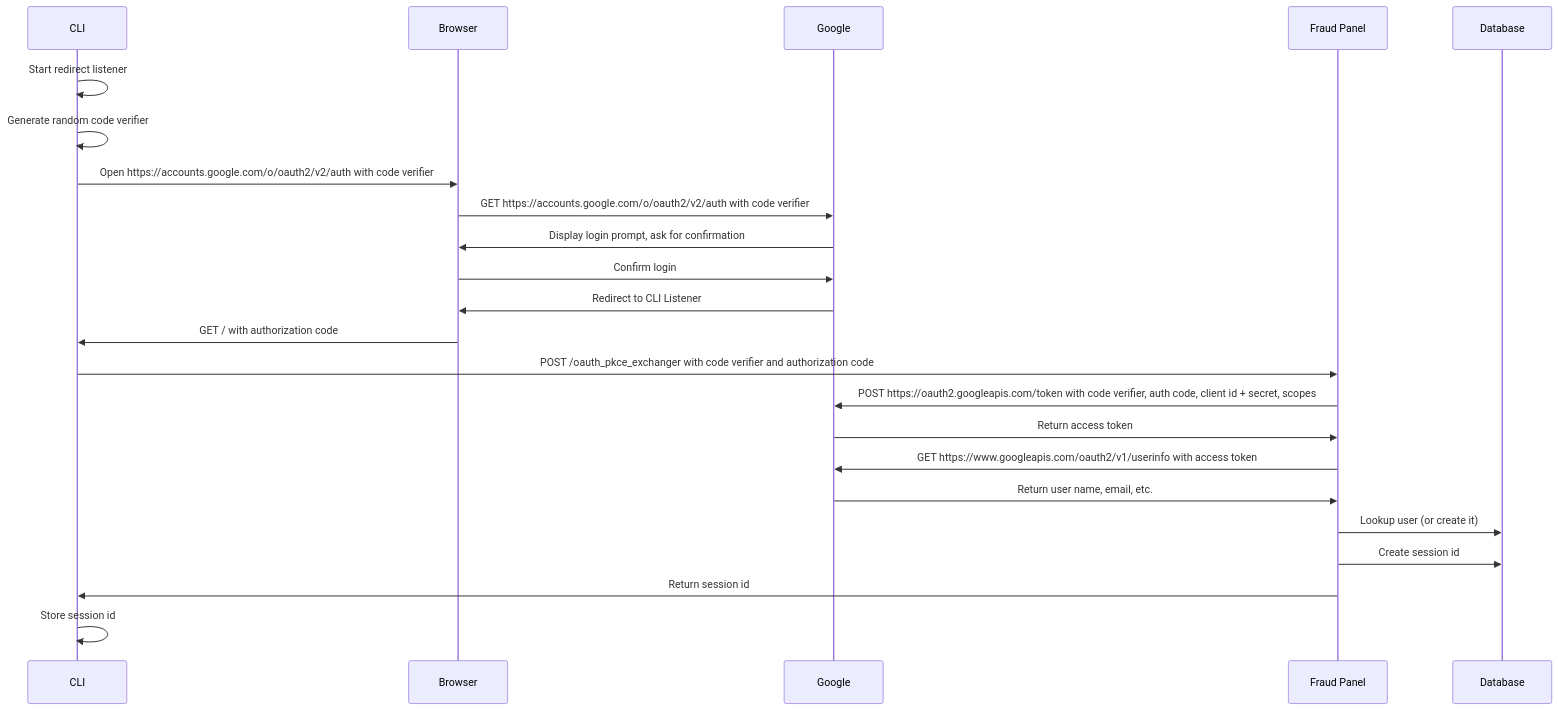
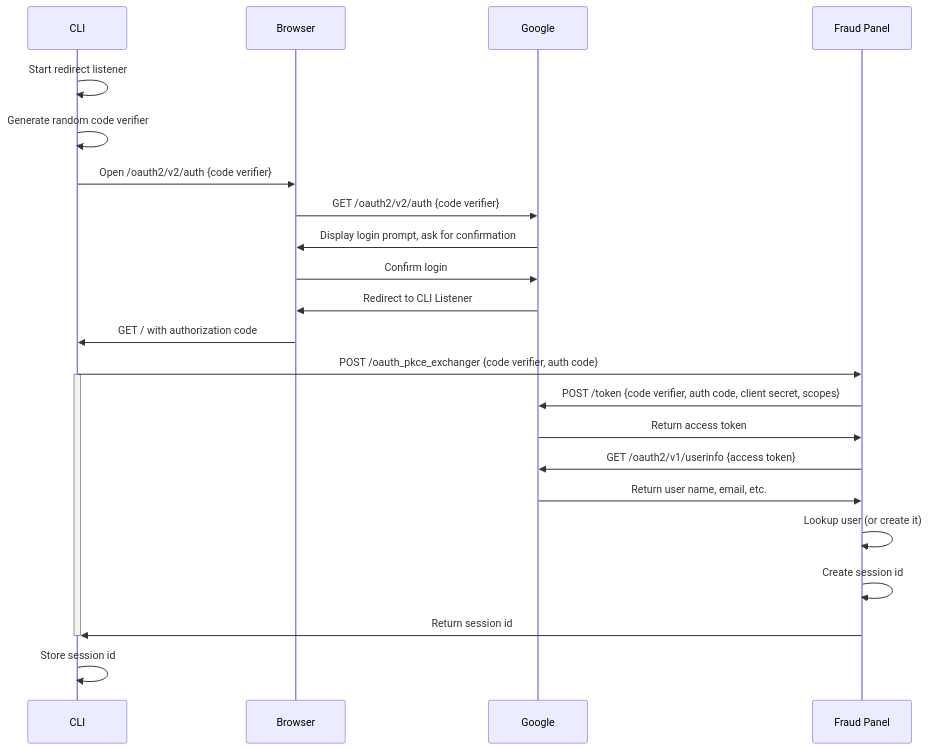
Before and after one commit to mozilla-services/fraud-panel: the diagram in docs/authentication.md, drawn with Mermaid. The commit also changed other lines of this file and 1 other file, not shown here.

Commit message:
auth tweaks

````diff
--- a/docs/authentication.md
+++ b/docs/authentication.md
@@ -7,20 +7,22 @@
 ```mermaid
 sequenceDiagram
 	CLI->>CLI: Start redirect listener
 	CLI->>CLI: Generate random code verifier
-	CLI->>Browser: Open https://accounts.google.com/o/oauth2/v2/auth with code verifier
-	Browser->>Google: GET https://accounts.google.com/o/oauth2/v2/auth with code verifier
+	CLI->>Browser: Open /oauth2/v2/auth {code verifier}
+	Browser->>Google: GET /oauth2/v2/auth {code verifier}
 	Google->>Browser: Display login prompt, ask for confirmation
 	Browser->>Google: Confirm login
 	Google->>Browser: Redirect to CLI Listener
 	Browser->>CLI: GET / with authorization code
-	CLI->>Fraud Panel: POST /oauth_pkce_exchanger with code verifier and authorization code
-	Fraud Panel->>Google: POST https://oauth2.googleapis.com/token with code verifier, auth code, client id + secret, scopes
+	CLI->>Fraud Panel: POST /oauth_pkce_exchanger {code verifier, auth code}
+	activate CLI
+	Fraud Panel->>Google: POST /token {code verifier, auth code, client secret, scopes}
 	Google->>Fraud Panel: Return access token
-	Fraud Panel->>Google: GET https://www.googleapis.com/oauth2/v1/userinfo with access token
+	Fraud Panel->>Google: GET /oauth2/v1/userinfo {access token}
 	Google->>Fraud Panel: Return user name, email, etc.
-	Fraud Panel->>Database: Lookup user (or create it)
-	Fraud Panel->>Database: Create session id
+	Fraud Panel->>Fraud Panel: Lookup user (or create it)
+	Fraud Panel->>Fraud Panel: Create session id
 	Fraud Panel->>CLI: Return session id
+	deactivate CLI
 	CLI->>CLI: Store session id
 ```
````
